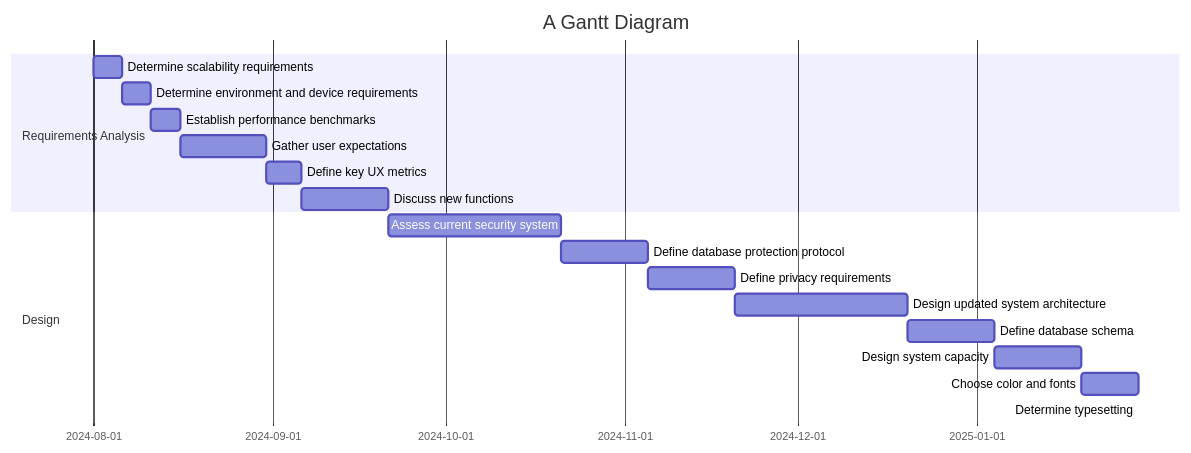
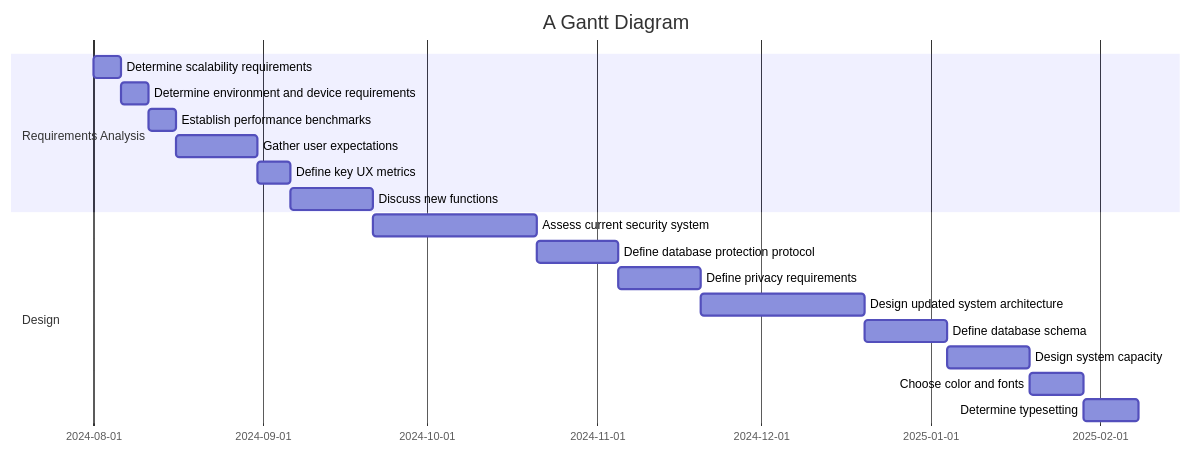
The diagram in all/Untitled.md (sayshelley/iodraw-files), drawn with Mermaid before and after one commit.

Commit message:
2024-10-04 22:42:35 update

````diff
--- a/all/Untitled.md
+++ b/all/Untitled.md
@@ -1,25 +1,26 @@
 ```mermaid
 gantt
     title A Gantt Diagram
     dateFormat  YYYY-MM-DD
     section Requirements Analysis
     Determine scalability requirements :a1, 2024-08-01, 5d
     Determine environment and device requirements :a2, after a1, 5d
     Establish performance benchmarks: a3, after a2, 5d
     Gather user expectations: a4, after a3, 15d
     Define key UX metrics : a5, after a4, 6d
     Discuss new functions: a6, after a5, 15d
     section Design
     Assess current security system:b1, after a6, 30d
     Define database protection protocol: b2, after b1, 15d
     Define privacy requirements: b3, after b2, 15d
     Design updated system architecture: b4, after b3, 30d
     Define database schema: b5, after b4, 15d
     Design system capacity: b6, after b5, 15d
     Choose color and fonts: b7, after b6, 10d
-    Determine typesetting: b8, after b7, 
+    Determine typesetting: b8, after b7, 10d
+    
     
 
 
    
 ```
````
